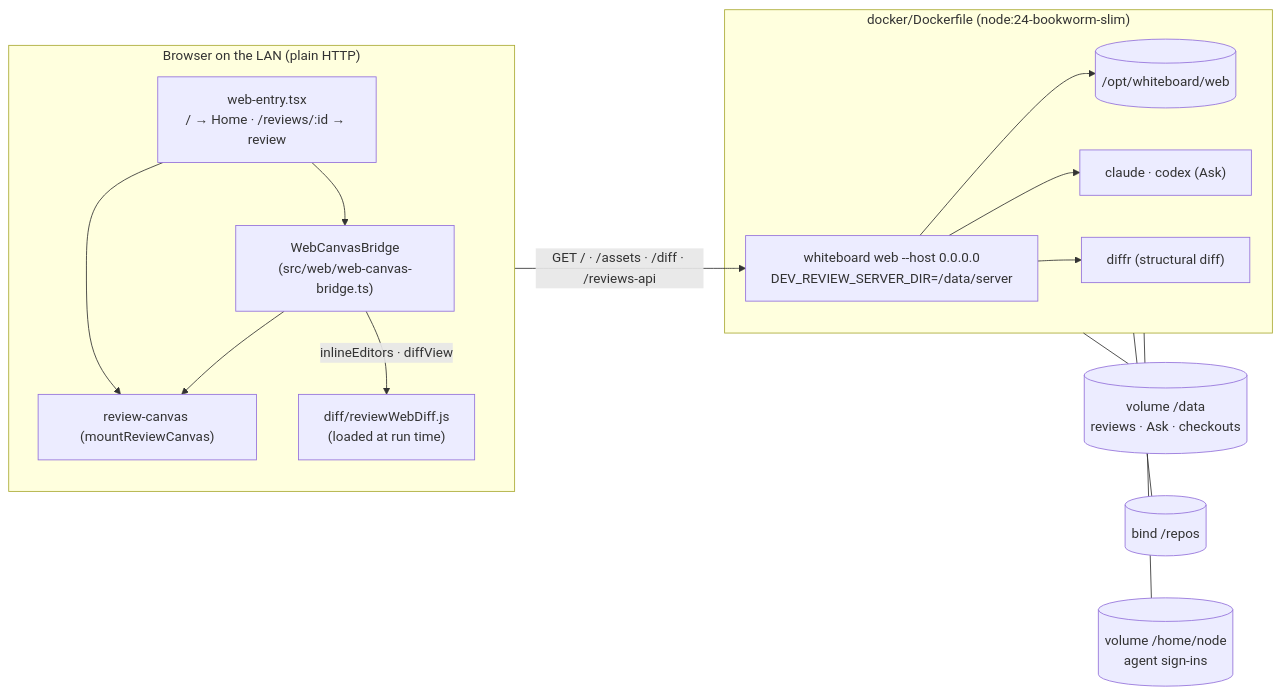
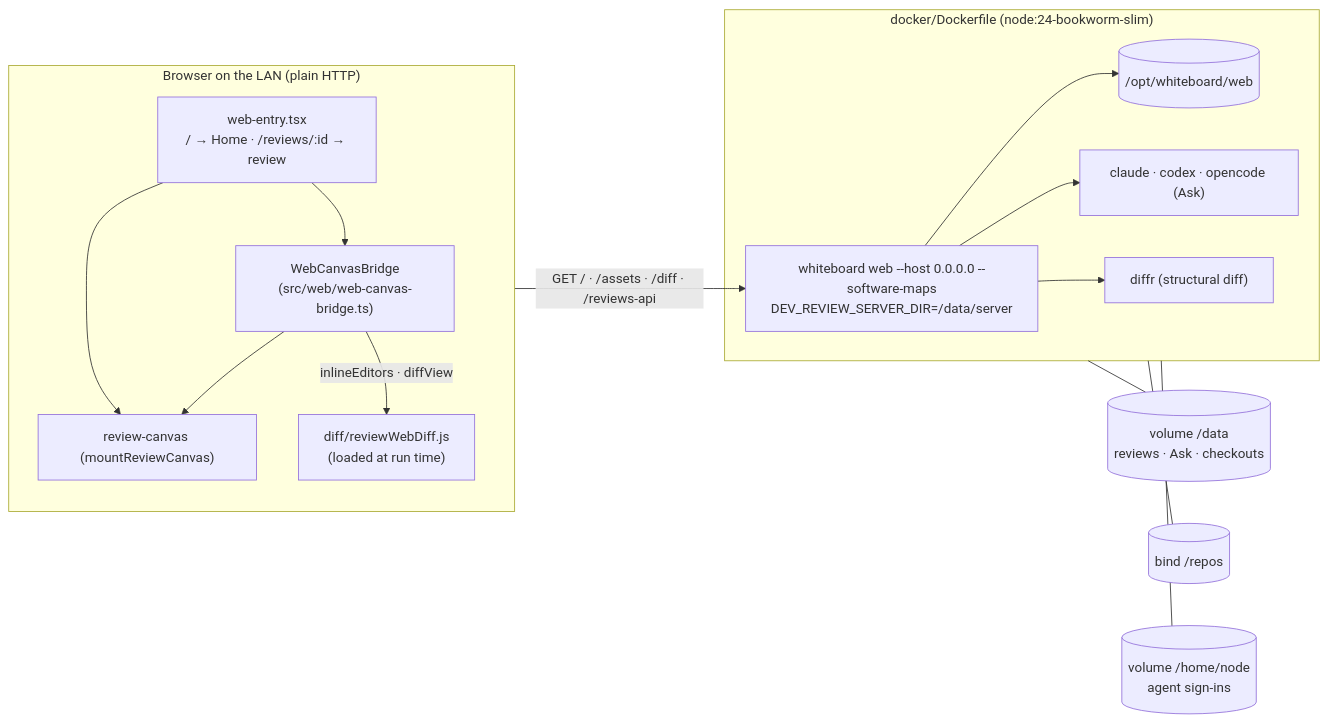
The fifth of 5 diagrams in docs/architecture.md (BlakeDanielFederal/whiteboard), drawn with Mermaid before and after one commit. The commit also changed other lines of this file, not shown here.

Commit message:
Show stacked content providers and the image's map flag and OpenCode in the architecture diagrams

````diff
--- a/docs/architecture.md
+++ b/docs/architecture.md
@@ -106,28 +107,28 @@
 ```mermaid
 flowchart LR
   subgraph browser["Browser on the LAN (plain HTTP)"]
     entry["web-entry.tsx<br/>/ → Home · /reviews/:id → review"]
     bridge["WebCanvasBridge<br/>(src/web/web-canvas-bridge.ts)"]
     canvas["review-canvas (mountReviewCanvas)"]
     difflib["diff/reviewWebDiff.js<br/>(loaded at run time)"]
     entry --> canvas
     entry --> bridge
     bridge --> canvas
     bridge -- "inlineEditors · diffView" --> difflib
   end
 
   subgraph container["docker/Dockerfile (node:24-bookworm-slim)"]
-    host["whiteboard web --host 0.0.0.0<br/>DEV_REVIEW_SERVER_DIR=/data/server"]
+    host["whiteboard web --host 0.0.0.0 --software-maps<br/>DEV_REVIEW_SERVER_DIR=/data/server"]
     assets[("/opt/whiteboard/web")]
-    agents["claude · codex (Ask)"]
+    agents["claude · codex · opencode (Ask)"]
     diffr["diffr (structural diff)"]
     host --> assets
     host --> agents
     host --> diffr
   end
 
   browser -- "GET / · /assets · /diff · /reviews-api" --> host
   container --- data[("volume /data<br/>reviews · Ask · checkouts")]
   container --- repos[("bind /repos")]
   container --- home[("volume /home/node<br/>agent sign-ins")]
 ```
````
